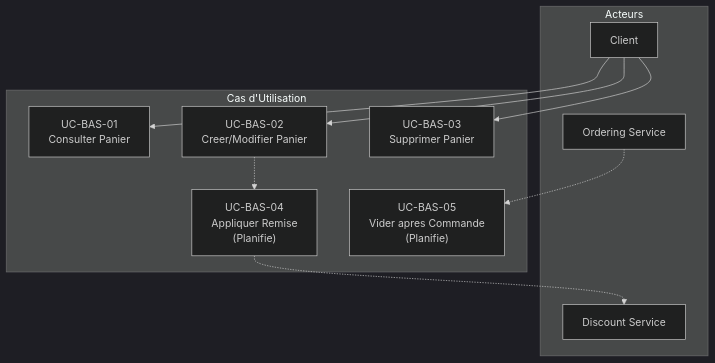
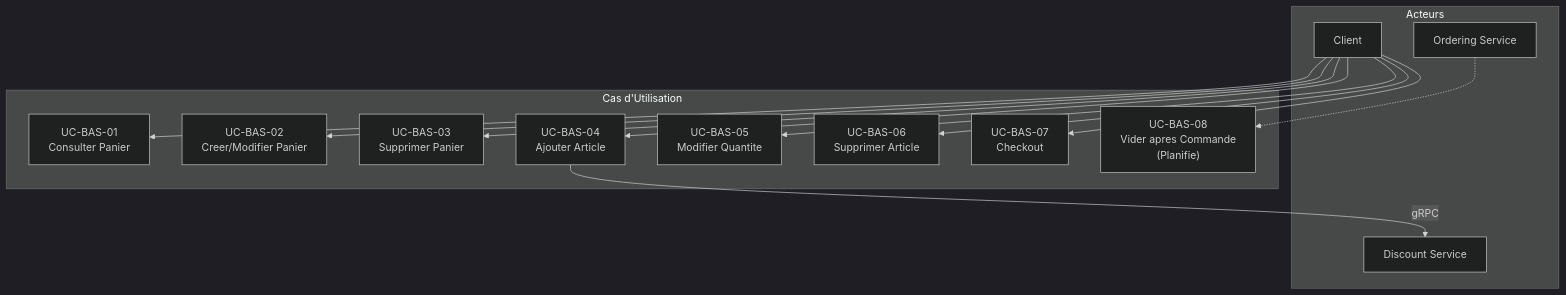
Before and after one commit to SafiaBeaumale/eshop-ynov: the diagram in docs/services/basket/use-cases.md, drawn with Mermaid (dark theme). The commit also changed other lines of this file and 9 other files, not shown here.

````diff
--- a/docs/services/basket/use-cases.md
+++ b/docs/services/basket/use-cases.md
@@ -154,25 +222,31 @@
 ```mermaid
 flowchart TB
     subgraph actors["Acteurs"]
         Client["Client"]
         Ordering["Ordering Service"]
         Discount["Discount Service"]
     end
 
     subgraph usecases["Cas d'Utilisation"]
         UC01["UC-BAS-01<br/>Consulter Panier"]
         UC02["UC-BAS-02<br/>Creer/Modifier Panier"]
         UC03["UC-BAS-03<br/>Supprimer Panier"]
-        UC04["UC-BAS-04<br/>Appliquer Remise<br/>(Planifie)"]
-        UC05["UC-BAS-05<br/>Vider apres Commande<br/>(Planifie)"]
+        UC04["UC-BAS-04<br/>Ajouter Article"]
+        UC05["UC-BAS-05<br/>Modifier Quantite"]
+        UC06["UC-BAS-06<br/>Supprimer Article"]
+        UC07["UC-BAS-07<br/>Checkout"]
+        UC08["UC-BAS-08<br/>Vider apres Commande<br/>(Planifie)"]
     end
 
     Client --> UC01
     Client --> UC02
     Client --> UC03
+    Client --> UC04
+    Client --> UC05
+    Client --> UC06
+    Client --> UC07
 
-    UC02 -.-> UC04
-    UC04 -.-> Discount
+    UC04 -->|gRPC| Discount
 
-    Ordering -.-> UC05
+    Ordering -.-> UC08
 ```
````
